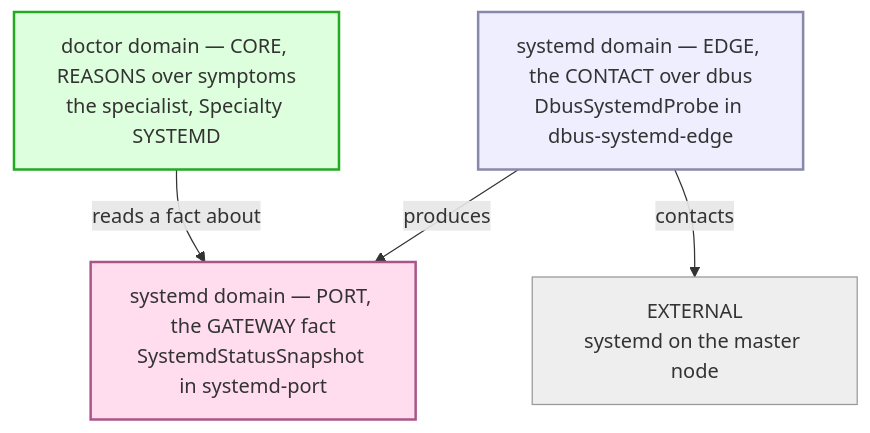
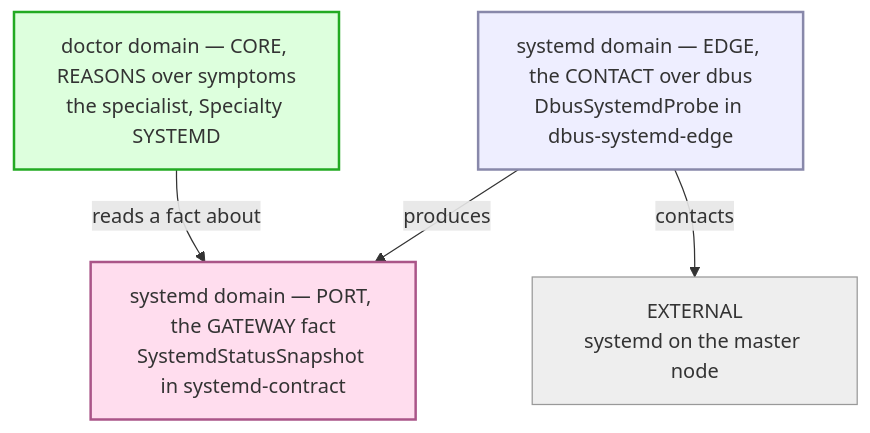
One commit to nxmatic/rke2lab changed the sixth of 13 diagrams in docs/architecture/osgi/dbus-systemd-edge-spec.adoc. Above: the diagram before and after it, drawn with Mermaid. The commit also changed other lines of this file and 25 other files, not shown here.

```diff
--- a/docs/architecture/osgi/dbus-systemd-edge-spec.adoc
+++ b/docs/architecture/osgi/dbus-systemd-edge-spec.adoc
@@ -173,19 +173,19 @@
 [mermaid]
 ....
 flowchart TB
   spec["doctor domain — CORE, REASONS over symptoms<br/>the specialist, Specialty SYSTEMD"]
-  snap["systemd domain — PORT, the GATEWAY fact<br/>SystemdStatusSnapshot in systemd-port"]
+  snap["systemd domain — PORT, the GATEWAY fact<br/>SystemdStatusSnapshot in systemd-contract"]
   edge["systemd domain — EDGE, the CONTACT over dbus<br/>DbusSystemdProbe in dbus-systemd-edge"]
   world["EXTERNAL<br/>systemd on the master node"]
   spec -->|reads a fact about| snap
   edge -->|produces| snap
   edge -->|contacts| world
   classDef core fill:#dfd,stroke:#2a2,stroke-width:2px;
   classDef port fill:#fde,stroke:#a58,stroke-width:2px;
   classDef e fill:#eef,stroke:#88a,stroke-width:2px;
   classDef w fill:#eee,stroke:#999,stroke-width:1px;
   class spec core;
   class snap port;
   class edge e;
   class world w;
 ....
```
